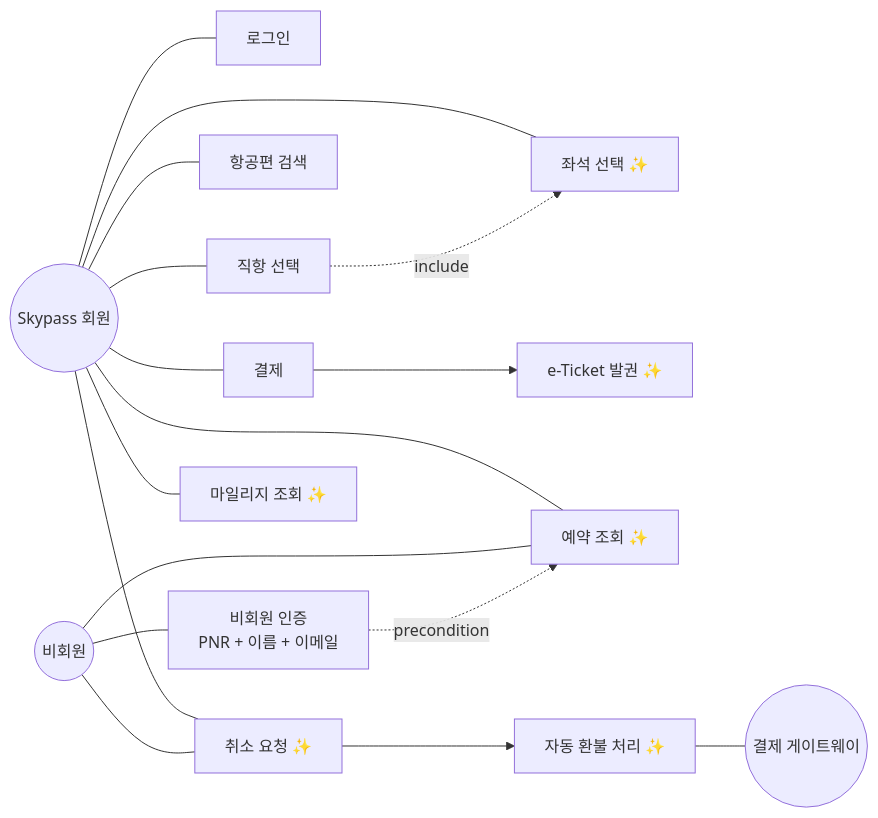
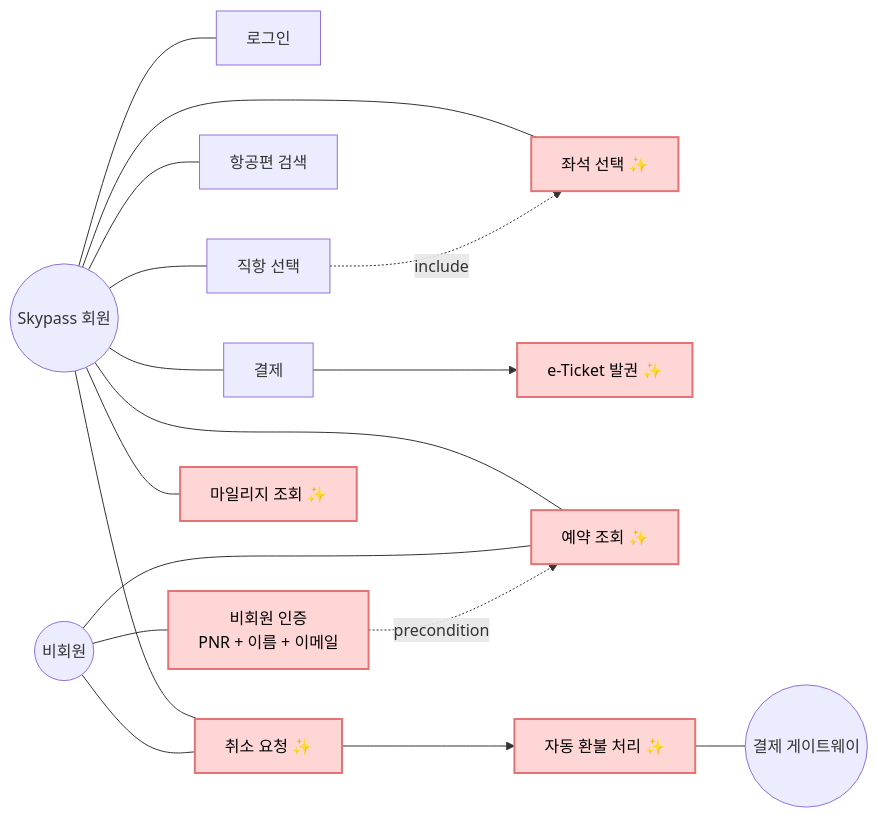
One commit to gimjungwook/KoreanAirReservationDomain changed the third of 9 diagrams in docs/iteration-reports/iteration-2-ko.md. Above: the diagram before and after it, drawn with Mermaid. The commit also changed other lines of this file, not shown here.

Commit message:
docs(iter2): highlight iter-2 new nodes in red across diagrams

````diff
--- a/docs/iteration-reports/iteration-2-ko.md
+++ b/docs/iteration-reports/iteration-2-ko.md
@@ -328,36 +331,39 @@
 ```mermaid
 flowchart LR
     Member((Skypass 회원))
     Guest((비회원))
     Payment((결제 게이트웨이))
 
     UC_Login[로그인]
     UC_Verify[비회원 인증<br/>PNR + 이름 + 이메일]
     UC_Search[항공편 검색]
     UC_Select[직항 선택]
     UC_Seat[좌석 선택 ✨]
     UC_Pay[결제]
     UC_IssueTicket[e-Ticket 발권 ✨]
     UC_Lookup[예약 조회 ✨]
     UC_Cancel[취소 요청 ✨]
     UC_Refund[자동 환불 처리 ✨]
     UC_Mileage[마일리지 조회 ✨]
 
     Member --- UC_Login
     Member --- UC_Search
     Member --- UC_Select
     Member --- UC_Seat
     Member --- UC_Pay
     Member --- UC_Lookup
     Member --- UC_Cancel
     Member --- UC_Mileage
     Guest --- UC_Verify
     Guest --- UC_Lookup
     Guest --- UC_Cancel
 
     UC_Pay --> UC_IssueTicket
     UC_Cancel --> UC_Refund
     UC_Refund --- Payment
     UC_Verify -. precondition .-> UC_Lookup
     UC_Select -. include .-> UC_Seat
+
+    classDef newNode fill:#FFD6D6,stroke:#E57373,stroke-width:2px,color:#000
+    class UC_Verify,UC_Seat,UC_IssueTicket,UC_Lookup,UC_Cancel,UC_Refund,UC_Mileage newNode
 ```
````
